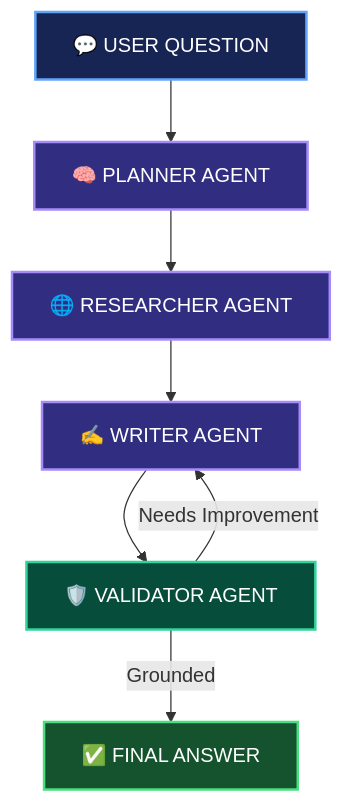
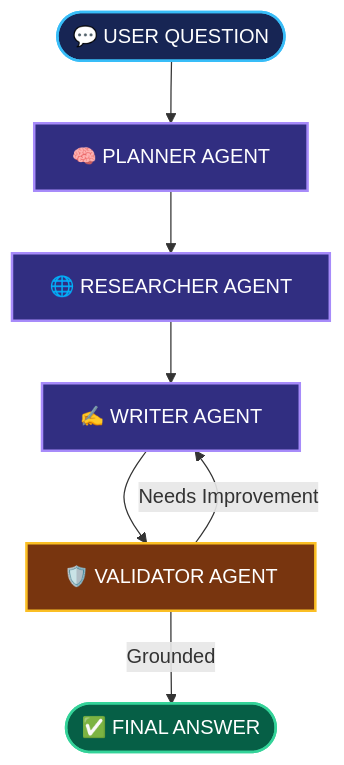
The diagram in README.md (Usamashoaibkhan/multi-agent-ai-research-assistant), drawn with Mermaid before and after one commit. The commit also changed other lines of this file, not shown here.

````diff
--- a/README.md
+++ b/README.md
@@ -49,19 +55,19 @@
 ```mermaid
 flowchart TD
-    A["💬 USER QUESTION"] --> B["🧠 PLANNER AGENT"]
+    A(["💬 USER QUESTION"]) --> B["🧠 PLANNER AGENT"]
     B --> C["🌐 RESEARCHER AGENT"]
     C --> D["✍️ WRITER AGENT"]
     D --> E["🛡️ VALIDATOR AGENT"]
-    E -->|Grounded| F["✅ FINAL ANSWER"]
+    E -->|Grounded| F(["✅ FINAL ANSWER"])
     E -->|Needs Improvement| D
 
-    classDef input fill:#172554,stroke:#60A5FA,color:#FFFFFF,stroke-width:2px
+    classDef start fill:#172554,stroke:#38BDF8,color:#FFFFFF,stroke-width:2px
     classDef agent fill:#312E81,stroke:#A78BFA,color:#FFFFFF,stroke-width:2px
-    classDef validation fill:#064E3B,stroke:#34D399,color:#FFFFFF,stroke-width:2px
-    classDef output fill:#14532D,stroke:#4ADE80,color:#FFFFFF,stroke-width:2px
+    classDef check fill:#78350F,stroke:#FBBF24,color:#FFFFFF,stroke-width:2px
+    classDef finish fill:#065F46,stroke:#34D399,color:#FFFFFF,stroke-width:2px
 
-    class A input
+    class A start
     class B,C,D agent
-    class E validation
-    class F output
+    class E check
+    class F finish
 ```
````
